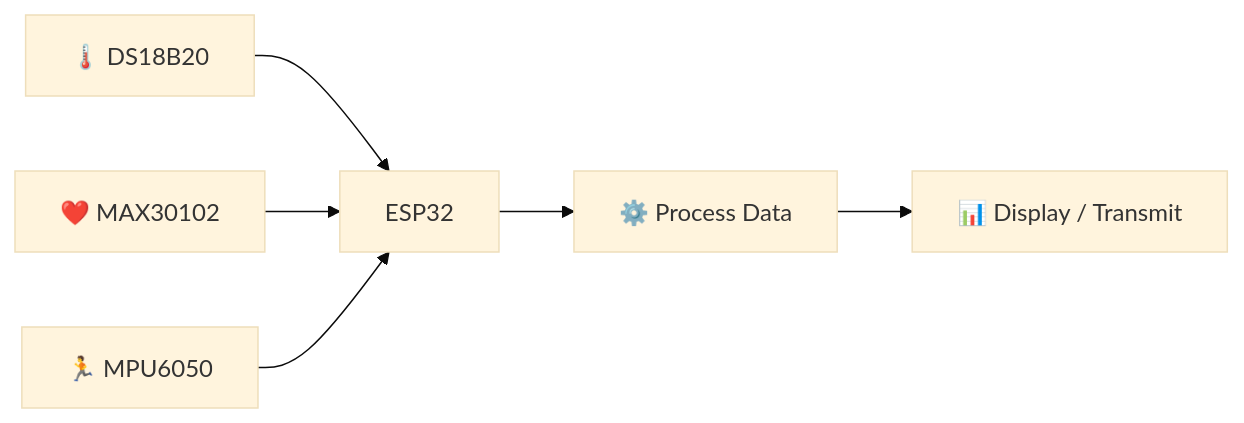
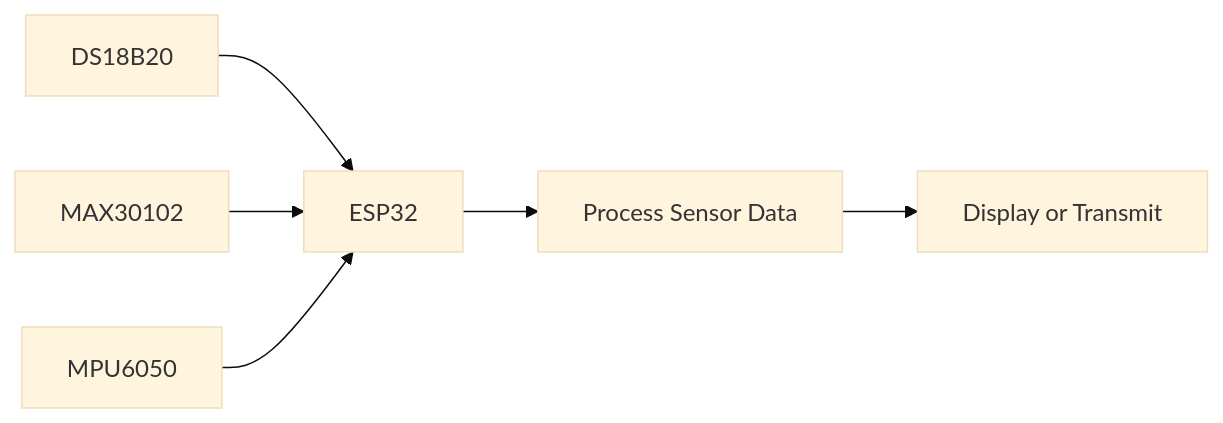
The fifth of 7 diagrams in README.md (harshithrosun2705-star/harshithrosun2705-star), drawn with Mermaid (base theme) before and after one commit. The commit also changed other lines of this file, not shown here.

````diff
--- a/README.md
+++ b/README.md
@@ -860,20 +625,8 @@
 ```mermaid
 flowchart LR
-
-    TEMP["🌡️ DS18B20"]
-    HEART["❤️ MAX30102"]
-    MOTION["🏃 MPU6050"]
-
-    ESP["ESP32"]
-
-    PROCESS["⚙️ Process Data"]
-
-    RESULT["📊 Display / Transmit"]
-
-    TEMP --> ESP
-    HEART --> ESP
-    MOTION --> ESP
-
-    ESP --> PROCESS
-    PROCESS --> RESULT
+    A["DS18B20"] --> D["ESP32"]
+    B["MAX30102"] --> D
+    C["MPU6050"] --> D
+    D --> E["Process Sensor Data"]
+    E --> F["Display or Transmit"]
 ```
````
